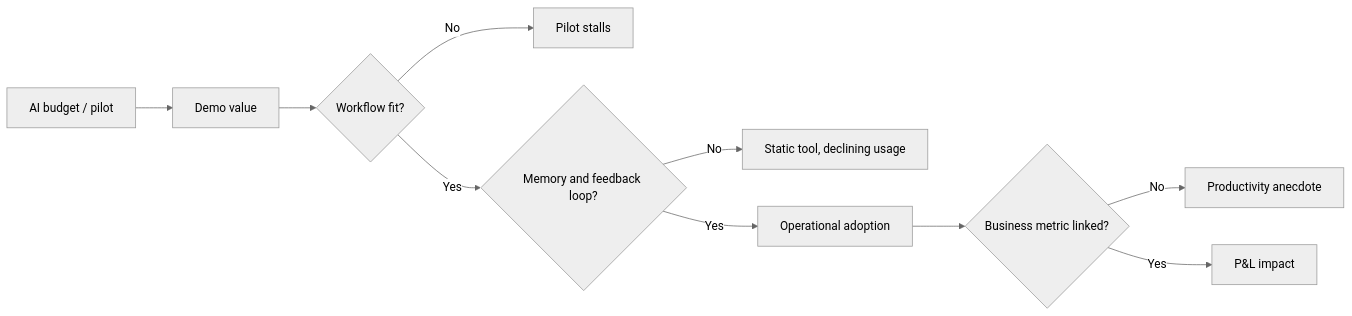
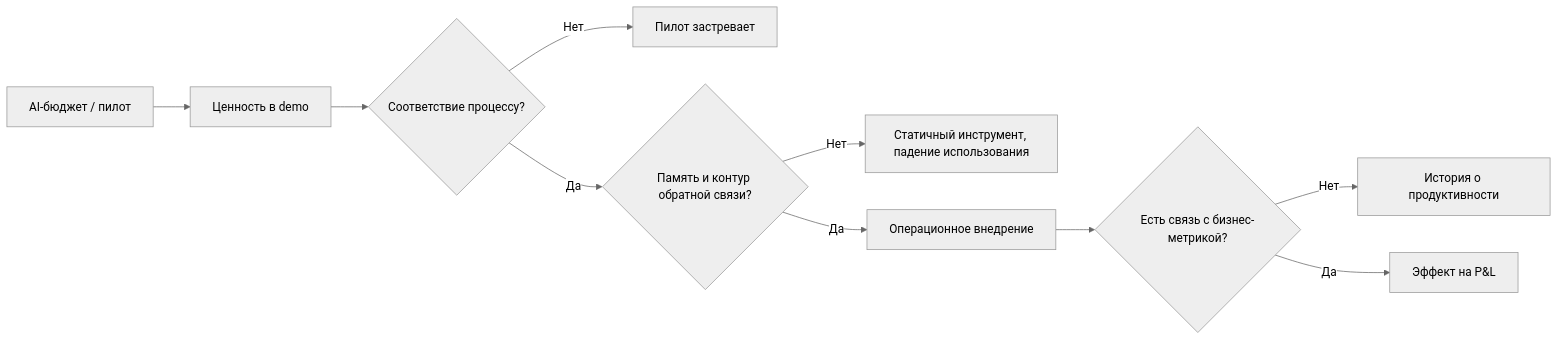
Before and after one commit to VladimirSemenyuk/KnowledgeOS: the first of 2 diagrams in Frameworks/ai-transformation/mit-nanda-genai-divide-state-of-ai-in-business-2025.md, drawn with Mermaid (neutral theme). The commit also changed other lines of this file and 3 other files, not shown here.

````diff
--- a/Frameworks/ai-transformation/mit-nanda-genai-divide-state-of-ai-in-business-2025.md
+++ b/Frameworks/ai-transformation/mit-nanda-genai-divide-state-of-ai-in-business-2025.md
@@ -168,12 +168,12 @@
 ```mermaid
 flowchart LR
-    A["AI budget / pilot"] --> B["Demo value"]
-    B --> C{"Workflow fit?"}
-    C -- "No" --> D["Pilot stalls"]
-    C -- "Yes" --> E{"Memory and feedback loop?"}
-    E -- "No" --> F["Static tool, declining usage"]
-    E -- "Yes" --> G["Operational adoption"]
-    G --> H{"Business metric linked?"}
-    H -- "No" --> I["Productivity anecdote"]
-    H -- "Yes" --> J["P&L impact"]
+    A["AI-бюджет / пилот"] --> B["Ценность в demo"]
+    B --> C{"Соответствие процессу?"}
+    C -- "Нет" --> D["Пилот застревает"]
+    C -- "Да" --> E{"Память и контур обратной связи?"}
+    E -- "Нет" --> F["Статичный инструмент, падение использования"]
+    E -- "Да" --> G["Операционное внедрение"]
+    G --> H{"Есть связь с бизнес-метрикой?"}
+    H -- "Нет" --> I["История о продуктивности"]
+    H -- "Да" --> J["Эффект на P&L"]
 ```
````
